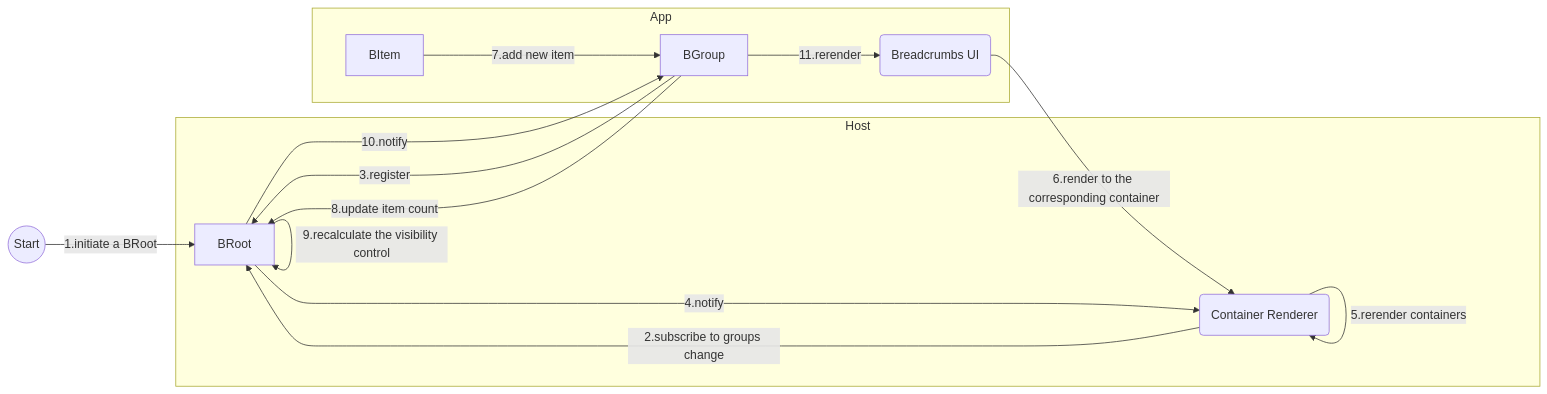
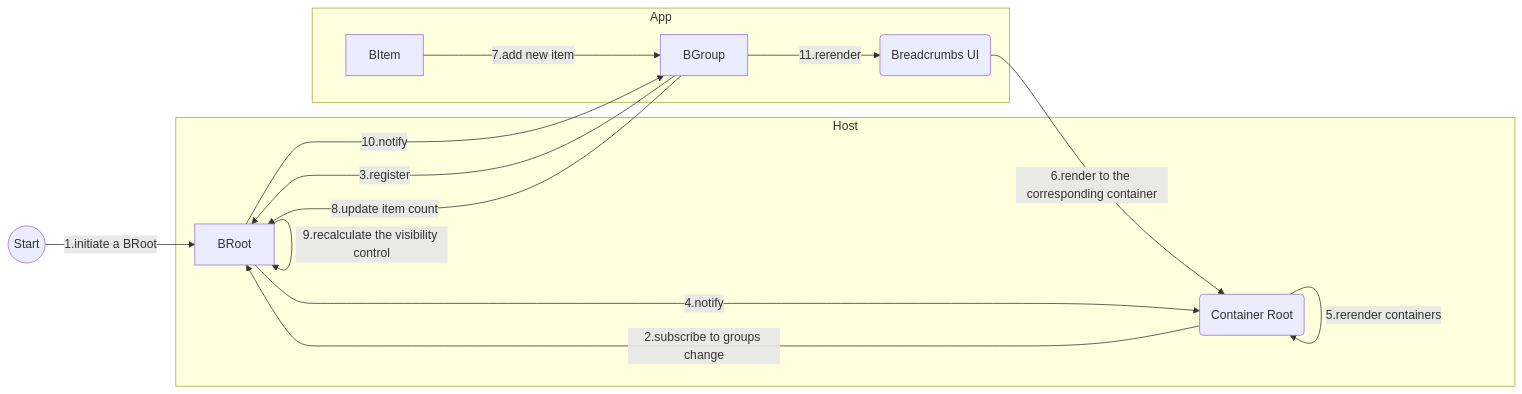
The diagram in README.md (wtlin1228/demo-nested-breadcrumb), drawn with Mermaid before and after one commit. The commit also changed other lines of this file, not shown here.

````diff
--- a/README.md
+++ b/README.md
@@ -19,24 +19,24 @@
 ```mermaid
 flowchart LR
     S@{ shape: circle, label: "Start" }
     subgraph App
         G[BGroup]
         I[BItem]
         B(Breadcrumbs UI)
     end
     subgraph Host
         R[BRoot]
-        C(Container Renderer)
+        C(Container Root)
     end
     S -->|1.initiate a BRoot| R
     C -->|2.subscribe to groups change| R
     B -->|6.render to the corresponding container| C
     R -->|4.notify| C
     G -->|3.register| R
     C -->|5.rerender containers| C
     I -->|7.add new item| G
     G -->|8.update item count| R
     R -->|9.recalculate the visibility control| R
     R --->|10.notify| G
     G -->|11.rerender| B
 ```
````
